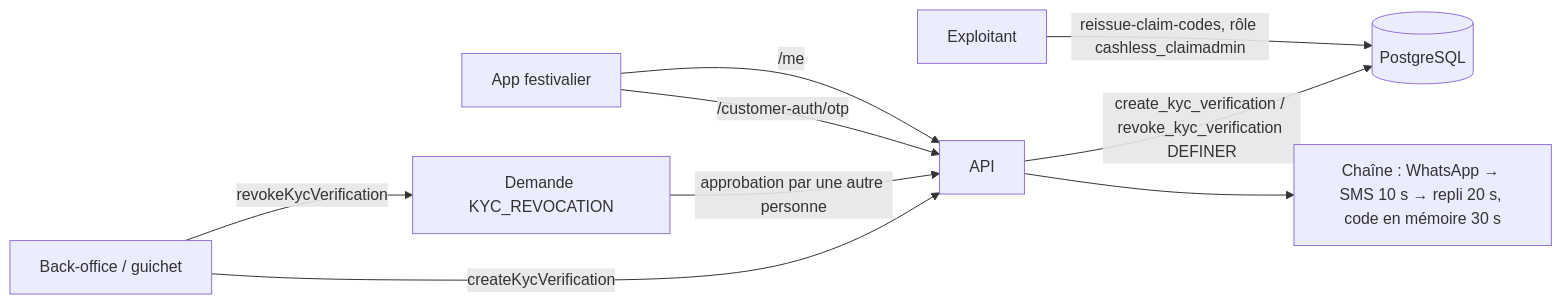
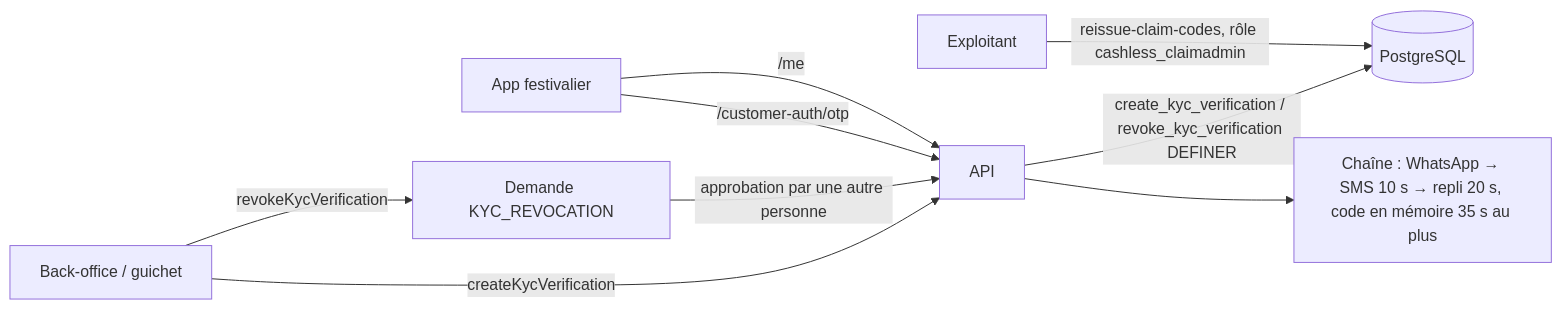
The diagram in kitty-specs/serveur-app-festivalier-01M7WB69/plan.md (atrona8/cashless-platform), drawn with Mermaid before and after one commit. The commit also changed other lines of this file and 9 other files, not shown here.

````diff
--- a/kitty-specs/serveur-app-festivalier-01M7WB69/plan.md
+++ b/kitty-specs/serveur-app-festivalier-01M7WB69/plan.md
@@ -134,11 +134,11 @@
 ```mermaid
 flowchart LR
   BO[Back-office / guichet] -->|createKycVerification| API
   BO -->|revokeKycVerification| APPR[Demande KYC_REVOCATION]
   APPR -->|approbation par une autre personne| API
   API -->|create_kyc_verification / revoke_kyc_verification DEFINER| DB[(PostgreSQL)]
   OPS[Exploitant] -->|reissue-claim-codes, rôle cashless_claimadmin| DB
   APP[App festivalier] -->|/customer-auth/otp| API
-  API --> CHAIN[Chaîne : WhatsApp → SMS 10 s → repli 20 s, code en mémoire 30 s]
+  API --> CHAIN[Chaîne : WhatsApp → SMS 10 s → repli 20 s, code en mémoire 35 s au plus]
   APP -->|/me| API
 ```
````
